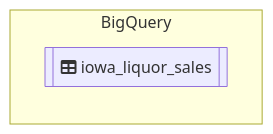
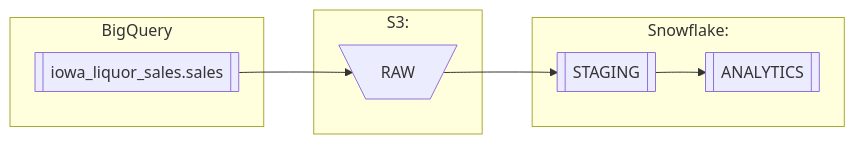
Before and after one commit to fernandeznico/yalo_challenge: the first of 2 diagrams in README.md, drawn with Mermaid. The commit also changed other lines of this file, not shown here.

Commit message:
README | sales data lineage

````diff
--- a/README.md
+++ b/README.md
@@ -6,6 +6,16 @@
 ```mermaid
 flowchart LR;
     subgraph BigQuery
-        iowa_liquor_sales[[fa:fa-table iowa_liquor_sales]]
+        sales[[iowa_liquor_sales.sales]]
     end
+    subgraph S3:
+        RAW[\RAW/]
+    end
+    subgraph Snowflake:
+        STAGING[[STAGING]]
+        ANALYTICS[[ANALYTICS]]
+    end
+    sales --> RAW
+    RAW --> STAGING
+    STAGING --> ANALYTICS
 ```
````
